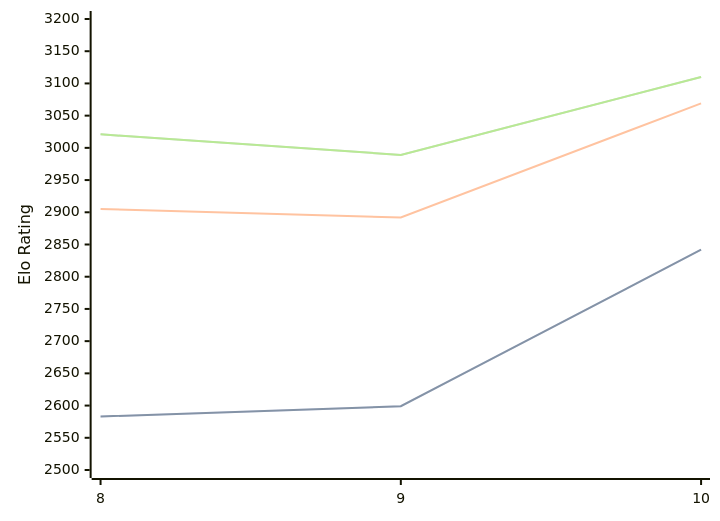
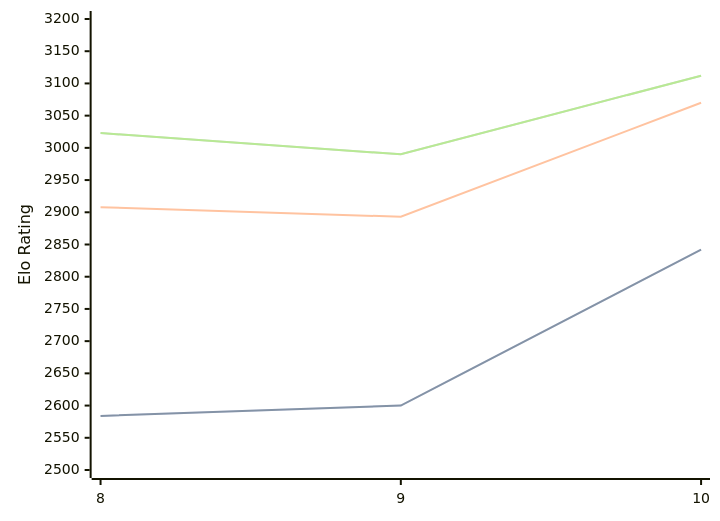
The diagram in engines/Lozza.md (computer-chess-index/cci), drawn with Mermaid before and after one commit. The commit also changed other lines of this file, not shown here.

Commit message:
Update CCI Ratings (ELO VLTC) - 2026-08-09

````diff
--- a/engines/Lozza.md
+++ b/engines/Lozza.md
@@ -33,11 +33,11 @@
 ```mermaid
 %%{init: {"theme":"base","themeVariables":{"seriesColors:['#a3a3a3','#222221','#faa371']}}}%%
 xychart-beta
   x-axis ["8", "9", "10"]
   y-axis "Elo Rating" 2500 --> 3200
-  line "STC (8.0+0.08s)" [2583, 2599, 2842]
-  line "STC (8.0+0.08s)" [2583, 2599, 2842]
-  line "LTC (60.0+0.60s)" [2905, 2892, 3069]
-  line "VLTC (2m24s+1.12s)" [3021, 2989, 3110]
-  line "VLTC (2m24s+1.12s)" [3021, 2989, 3110]
+  line "STC (8.0+0.08s)" [2584, 2600, 2842]
+  line "STC (8.0+0.08s)" [2584, 2600, 2842]
+  line "LTC (60.0+0.60s)" [2908, 2893, 3070]
+  line "VLTC (2m24s+1.12s)" [3023, 2990, 3112]
+  line "VLTC (2m24s+1.12s)" [3023, 2990, 3112]
 ```
````
